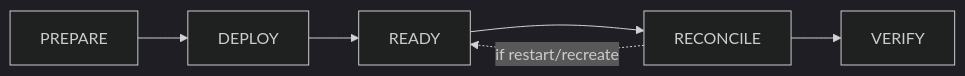
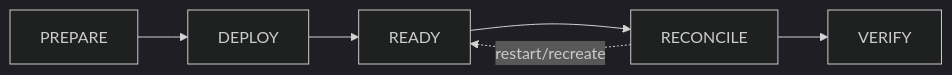
Before and after one commit to ea1het/local_hybrid_ai: the second of 3 diagrams in README.md, drawn with Mermaid (dark theme). The commit also changed other lines of this file, not shown here.

````diff
--- a/README.md
+++ b/README.md
@@ -30,5 +30,8 @@
 ```mermaid
 flowchart LR
-    P[PREPARE] --> D[DEPLOY] --> R[READY] --> C[RECONCILE] --> V[VERIFY]
-    C -. if restart/recreate .-> R
+    P[PREPARE] --> D[DEPLOY]
+    D --> R[READY]
+    R --> C[RECONCILE]
+    C --> V[VERIFY]
+    C -. restart/recreate .-> R
 ```
````
